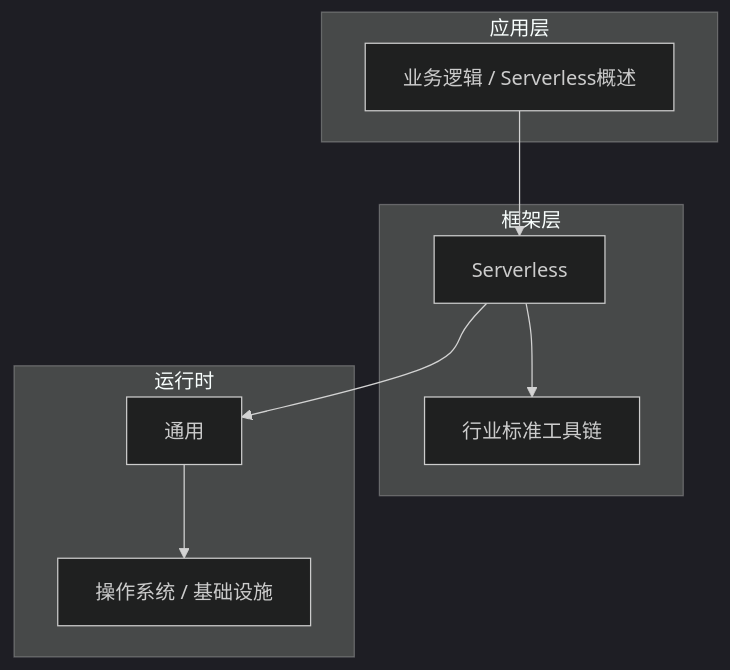
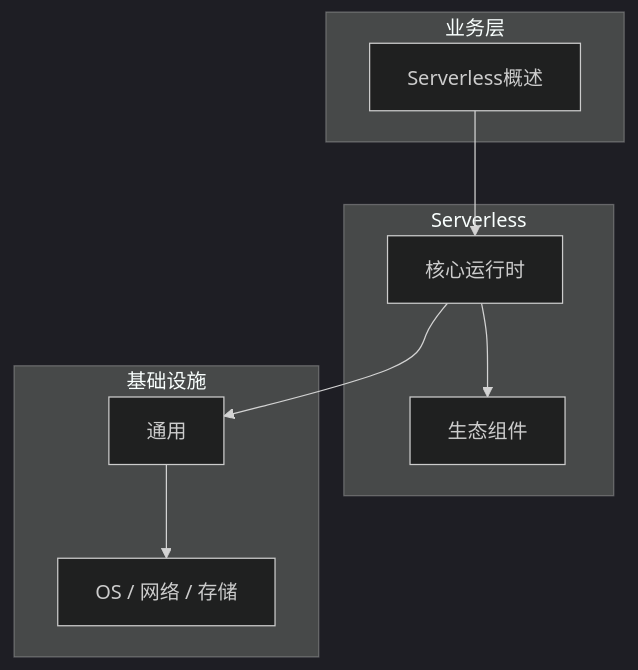
The diagram in articles/Serverless/chapters/001-Serverless概述核心概念与原理.md (yanggan2015/knowledge-json-v2), drawn with Mermaid (dark theme) before and after one commit. The commit also changed other lines of this file and 10127 other files, not shown here.

````diff
--- a/articles/Serverless/chapters/001-Serverless概述核心概念与原理.md
+++ b/articles/Serverless/chapters/001-Serverless概述核心概念与原理.md
@@ -45,18 +34,18 @@
 ```mermaid
 graph TB
-    subgraph 应用层
-        A[业务逻辑 / Serverless概述]
+    subgraph 业务层
+        A[Serverless概述]
     end
-    subgraph 框架层
-        B[Serverless]
-        C[行业标准工具链]
+    subgraph Serverless
+        B[核心运行时]
+        C[生态组件]
     end
-    subgraph 运行时
+    subgraph 基础设施
         D[通用]
-        E[操作系统 / 基础设施]
+        E[OS / 网络 / 存储]
     end
     A --> B
     B --> C
     B --> D
     D --> E
 ```
````
